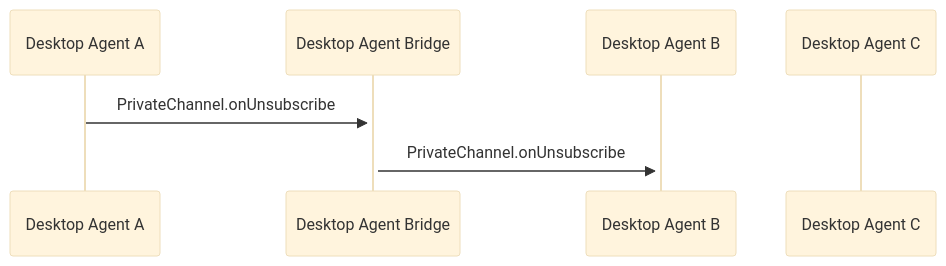
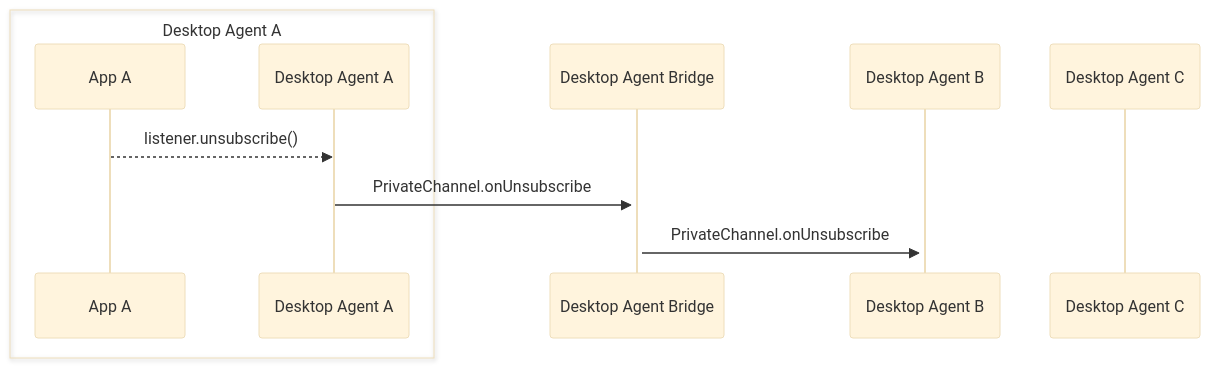
One commit to InteropIO/FDC3 changed the diagram in docs/agent-bridging/ref/PrivateChannel.onUnsubscribe.md. Above: the diagram before and after it, drawn with Mermaid (base theme). The commit also changed 12 other files, not shown here.

Commit message:
Add the app to each reference page mermaid diagram to clarify how message exchanges work

````diff
--- a/docs/agent-bridging/ref/PrivateChannel.onUnsubscribe.md
+++ b/docs/agent-bridging/ref/PrivateChannel.onUnsubscribe.md
@@ -26,9 +26,13 @@
 ```mermaid
 sequenceDiagram
+    box Desktop Agent A
+    participant AA as App A
     participant DA as Desktop Agent A
+    end
     participant DAB as Desktop Agent Bridge
     participant DB as Desktop Agent B
     participant DC as Desktop Agent C
+    AA -->> DA: listener.unsubscribe()
     DA ->>+ DAB: PrivateChannel.onUnsubscribe
     DAB ->>+ DB: PrivateChannel.onUnsubscribe
 ```
````
